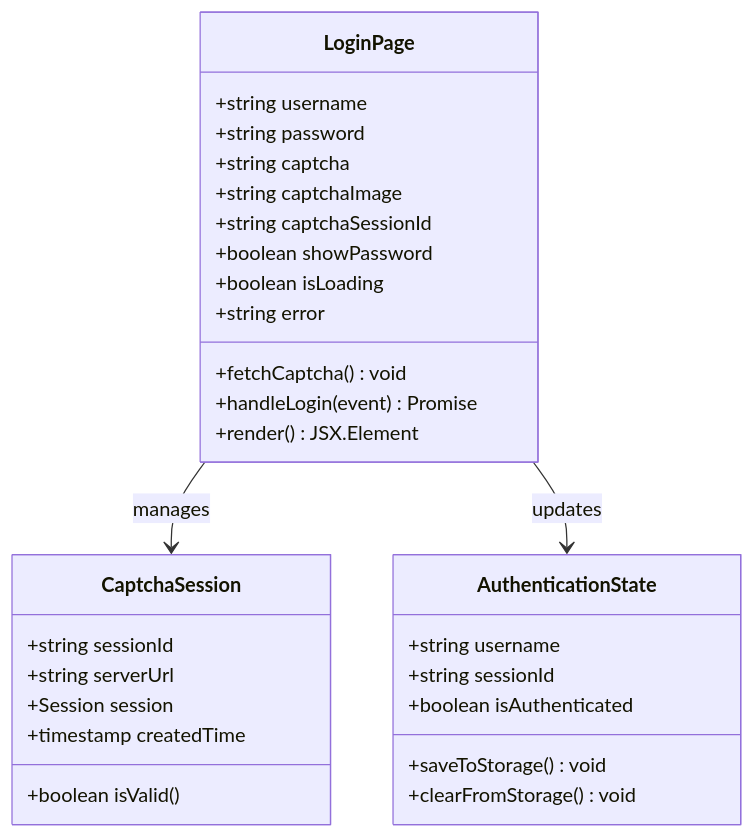
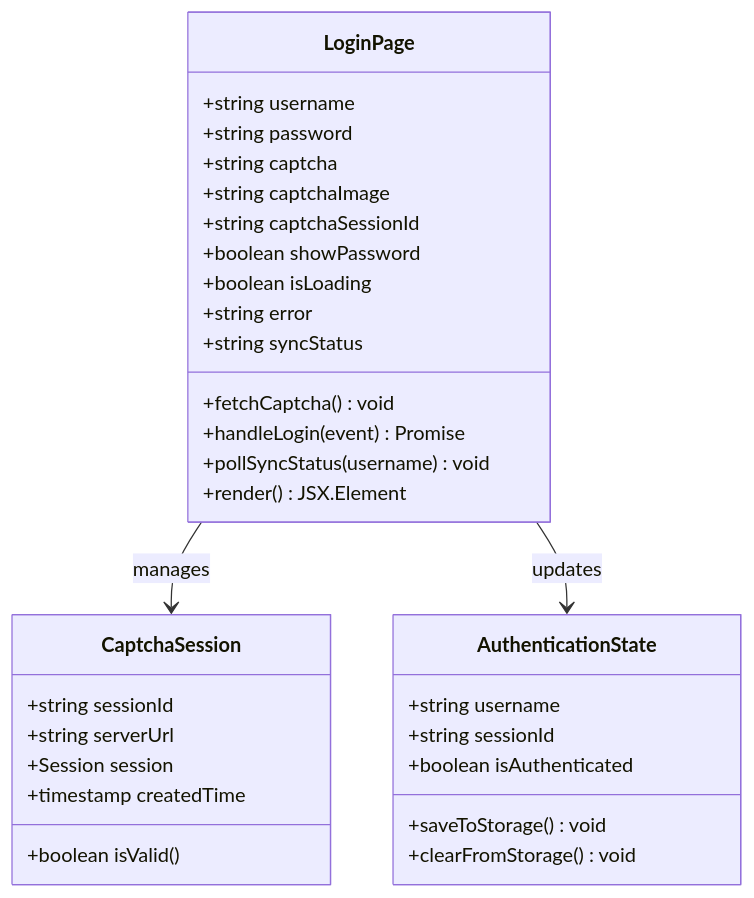
The third of 8 diagrams in .qoder/repowiki/zh/content/前端应用文档/登录页面与认证流程.md (ghbbn053-ship-itsoulddog/soulddog), drawn with Mermaid before and after one commit. The commit also changed other lines of this file and 5 other files, not shown here.

````diff
--- a/.qoder/repowiki/zh/content/前端应用文档/登录页面与认证流程.md
+++ b/.qoder/repowiki/zh/content/前端应用文档/登录页面与认证流程.md
@@ -159,32 +167,34 @@
 ```mermaid
 classDiagram
 class LoginPage {
 +string username
 +string password
 +string captcha
 +string captchaImage
 +string captchaSessionId
 +boolean showPassword
 +boolean isLoading
 +string error
++string syncStatus
 +fetchCaptcha() void
 +handleLogin(event) Promise
++pollSyncStatus(username) void
 +render() JSX.Element
 }
 class CaptchaSession {
 +string sessionId
 +string serverUrl
 +Session session
 +timestamp createdTime
 +boolean isValid()
 }
 class AuthenticationState {
 +string username
 +string sessionId
 +boolean isAuthenticated
 +saveToStorage() void
 +clearFromStorage() void
 }
 LoginPage --> CaptchaSession : manages
 LoginPage --> AuthenticationState : updates
 ```
````
